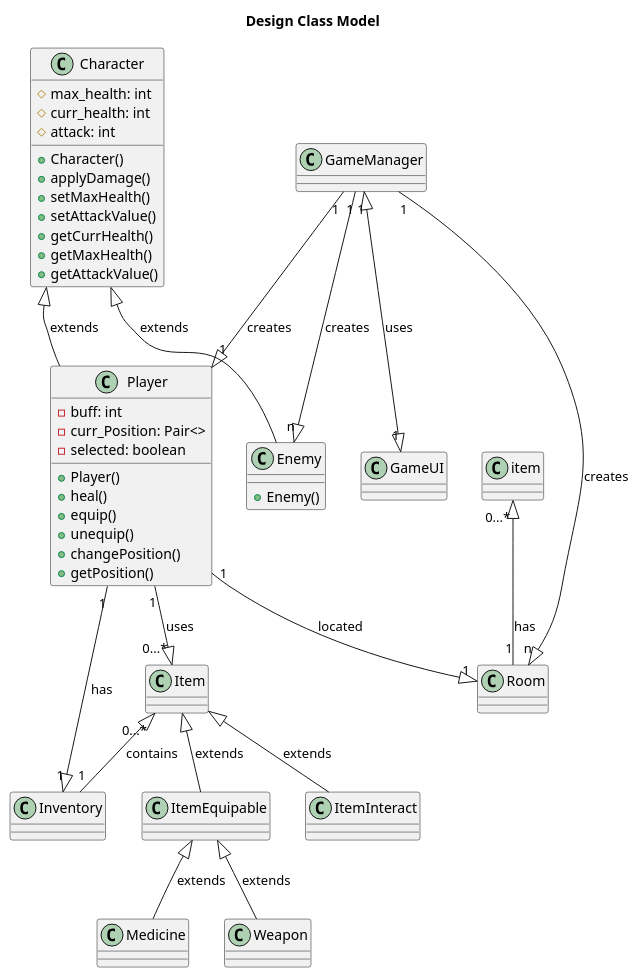
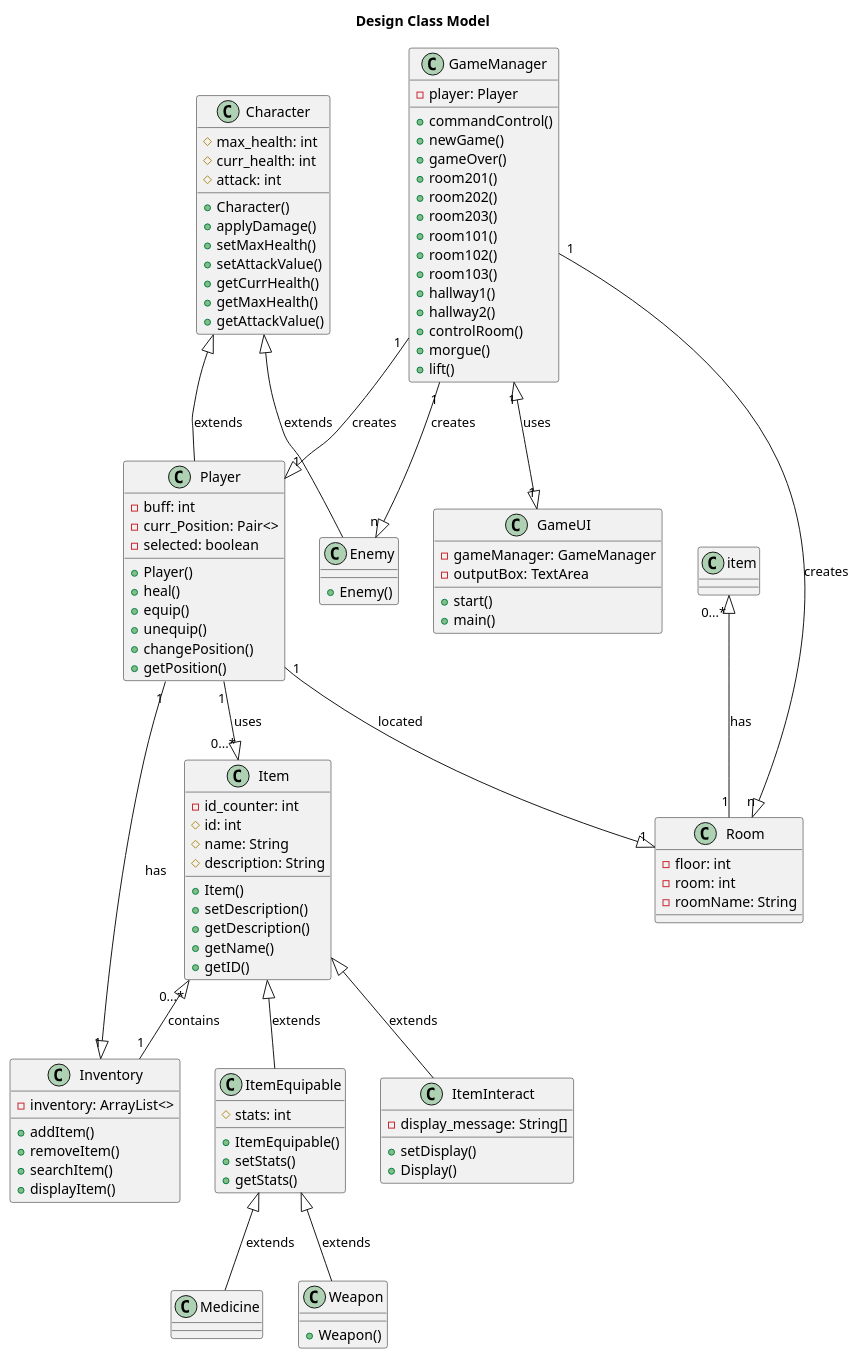
One commit to LimeiGuan/Text_Adventure_Game changed the diagram in docs/uml/DesignClassModel.plantuml. Above: the diagram before and after it, drawn with PlantUML.

```diff
--- a/docs/uml/DesignClassModel.plantuml
+++ b/docs/uml/DesignClassModel.plantuml
@@ -1,74 +1,132 @@
 @startuml DesignClassModel
 
 title Design Class Model
 
 class Character{
   #max_health: int
   #curr_health: int
   #attack: int
   
   +Character()
   +applyDamage()
   +setMaxHealth()
   +setAttackValue()
   +getCurrHealth()
   +getMaxHealth()
   +getAttackValue()
 }
 
 class Player{
   -buff: int
   -curr_Position: Pair<>
   -selected: boolean
   
   +Player()
   +heal()
   +equip()
   +unequip()
   +changePosition()
   +getPosition()
 }
 
 class Enemy{
   +Enemy()
 }
 
-class GameUI{}
+class GameUI{
+  -gameManager: GameManager
+  -outputBox: TextArea
+  
+  +start()
+  +main()
+}
 
-class GameManager{}
+class GameManager{
+  -player: Player
+  
+  +commandControl()
+  +newGame()
+  +gameOver()
+  +room201()
+  +room202()
+  +room203()
+  +room101()
+  +room102()
+  +room103()
+  +hallway1()
+  +hallway2()
+  +controlRoom()
+  +morgue()
+  +lift()
+}
 
-class Inventory{}
+class Inventory{
+  -inventory: ArrayList<>
+  
+  +addItem()
+  +removeItem()
+  +searchItem()
+  +displayItem()
+}
 
-class Item{}
+class Item{
+  -id_counter: int
+  #id: int
+  #name: String
+  #description: String
+  
+  +Item()
+  +setDescription()
+  +getDescription()
+  +getName()
+  +getID()
+}
 
-class ItemEquipable{}
+class ItemEquipable{
+  #stats: int
+  
+  +ItemEquipable()
+  +setStats()
+  +getStats()
+}
 
-class ItemInteract{}
+class ItemInteract{
+  -display_message: String[]
+  
+  +setDisplay()
+  +Display()
+}
 
 class Medicine{}
 
-class Weapon{}
+class Weapon{
+  +Weapon()
+}
 
-class Room{}
+class Room{
+  -floor: int
+  -room: int
+  -roomName: String
+}
 
 Character <|-- Player : extends
 Character <|-- Enemy : extends
 
 Item <|-- ItemEquipable : extends
 Item <|-- ItemInteract : extends
 Item"0...*" <|-- "1"Inventory : contains
 item"0...*" <|-- "1"Room : has
 
 ItemEquipable <|-- Weapon: extends
 ItemEquipable <|-- Medicine: extends
 
 Player"1" --|> "0...*"Item : uses 
 Player"1" --|> "1"Inventory : has
 Player"1" --|> "1"Room : located
 
 GameManager"1" --|> "1"Player : creates
 GameManager"1" --|> "n"Enemy : creates
 GameManager"1" <|--|> "1"GameUI : uses
 GameManager"1" --|> "n"Room : creates
 
 @enduml
```
